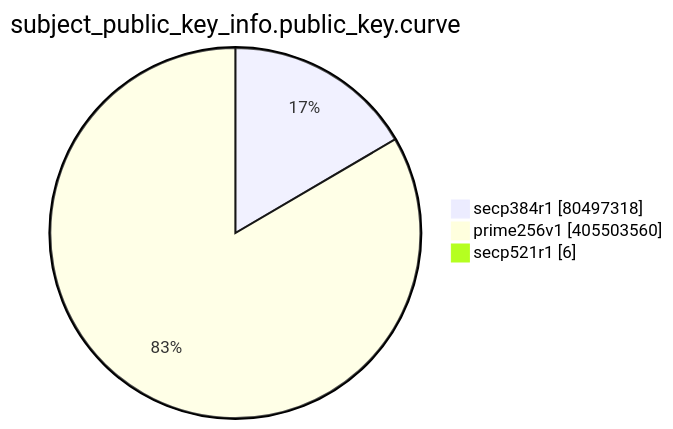
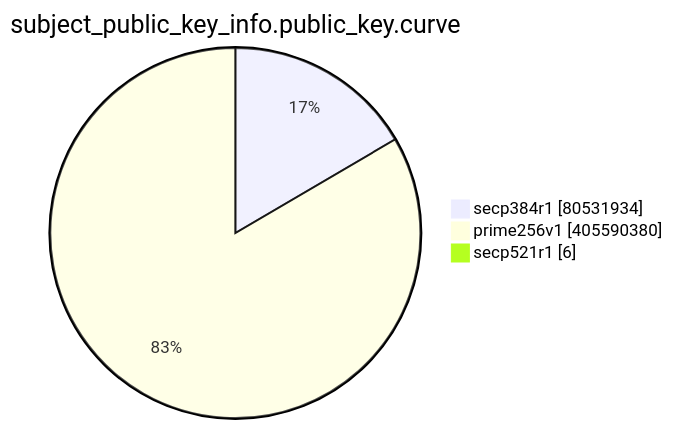
Before and after one commit to christiankrug/ctmonitor_visualization: the eighth of 15 diagrams in TOTAL/README.md, drawn with Mermaid. The commit also changed other lines of this file, not shown here.

````diff
--- a/TOTAL/README.md
+++ b/TOTAL/README.md
@@ -3095,7 +3095,7 @@
 ```mermaid
 pie showData
 title subject_public_key_info.public_key.curve
-"secp384r1" :80497318
-"prime256v1" :405503560
+"secp384r1" :80531934
+"prime256v1" :405590380
 "secp521r1" :6
 ```
````
